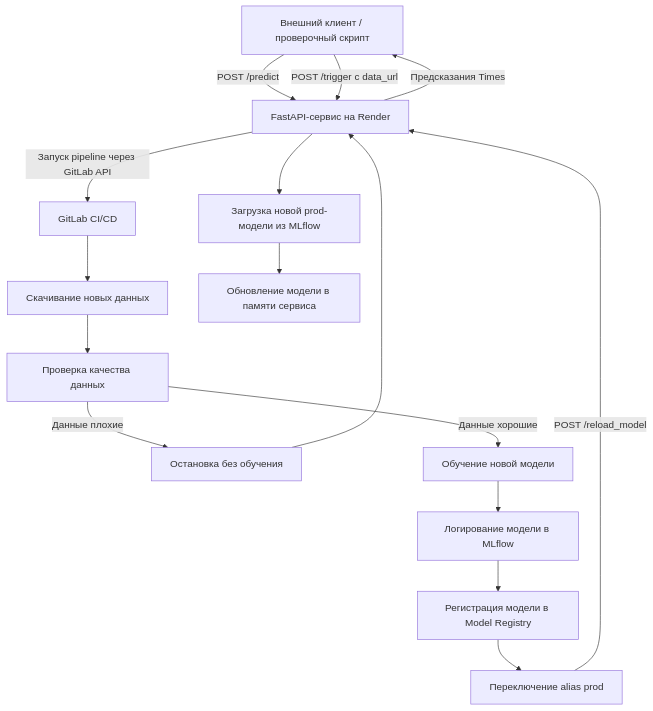
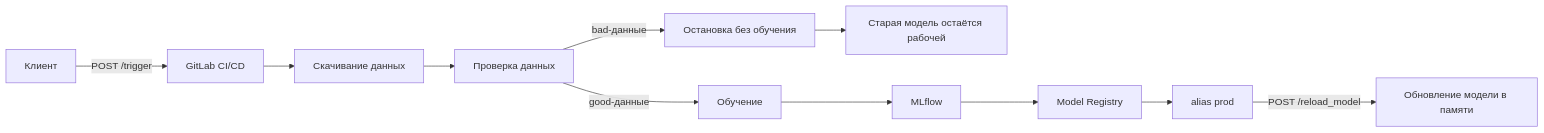
One commit to oNovalSliveDNo/mlops-password-frequency-service changed the second of 2 diagrams in README.md. Above: the diagram before and after it, drawn with Mermaid. The commit also changed other lines of this file, not shown here.

Commit message:
Replace Mermaid block in README.md

````diff
--- a/README.md
+++ b/README.md
@@ -50,23 +62,15 @@
 ```mermaid
-flowchart TD
-    A[Внешний клиент / проверочный скрипт] -->|POST /predict| B[FastAPI-сервис на Render]
-    B -->|Предсказания Times| A
+flowchart LR
+    A[Клиент] -->|POST /trigger| B[GitLab CI/CD]
+    B --> C[Скачивание данных]
+    C --> D[Проверка данных]
 
-    A -->|POST /trigger с data_url| B
-    B -->|Запуск pipeline через GitLab API| C[GitLab CI/CD]
+    D -->|bad-данные| E[Остановка без обучения]
+    E --> F[Старая модель остаётся рабочей]
 
-    C --> D[Скачивание новых данных]
-    D --> E[Проверка качества данных]
-
-    E -->|Данные плохие| F[Остановка без обучения]
-    F --> B
-
-    E -->|Данные хорошие| G[Обучение новой модели]
-    G --> H[Логирование модели в MLflow]
-    H --> I[Регистрация модели в Model Registry]
-    I --> J[Переключение alias prod]
-    J -->|POST /reload_model| B
-
-    B --> K[Загрузка новой prod-модели из MLflow]
-    K --> L[Обновление модели в памяти сервиса]
+    D -->|good-данные| G[Обучение]
+    G --> H[MLflow]
+    H --> I[Model Registry]
+    I --> J[alias prod]
+    J -->|POST /reload_model| K[Обновление модели в памяти]
 ```
````
